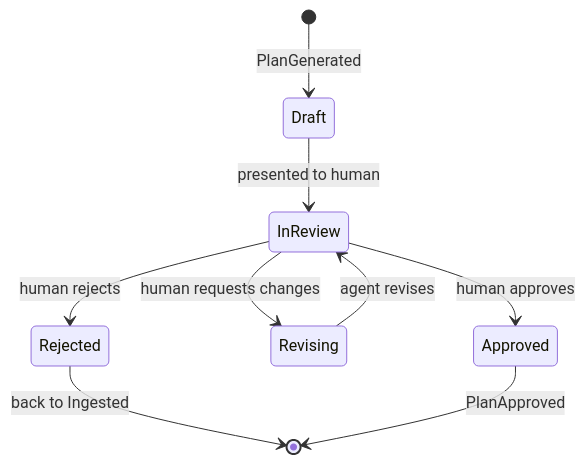
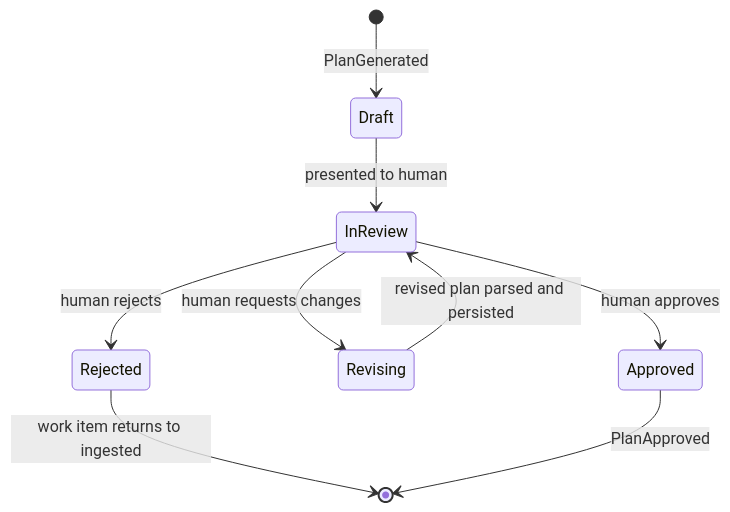
One commit to beeemT/substrate changed the first of 2 diagrams in docs/05-orchestration.md. Above: the diagram before and after it, drawn with Mermaid. The commit also changed other lines of this file and 11 other files, not shown here.

````diff
--- a/docs/05-orchestration.md
+++ b/docs/05-orchestration.md
@@ -157,11 +64,11 @@
 ```mermaid
 stateDiagram-v2
     [*] --> Draft: PlanGenerated
     Draft --> InReview: presented to human
     InReview --> Approved: human approves
     InReview --> Revising: human requests changes
     InReview --> Rejected: human rejects
-    Revising --> InReview: agent revises
-    Rejected --> [*]: back to Ingested
+    Revising --> InReview: revised plan parsed and persisted
+    Rejected --> [*]: work item returns to ingested
     Approved --> [*]: PlanApproved
 ```
````
